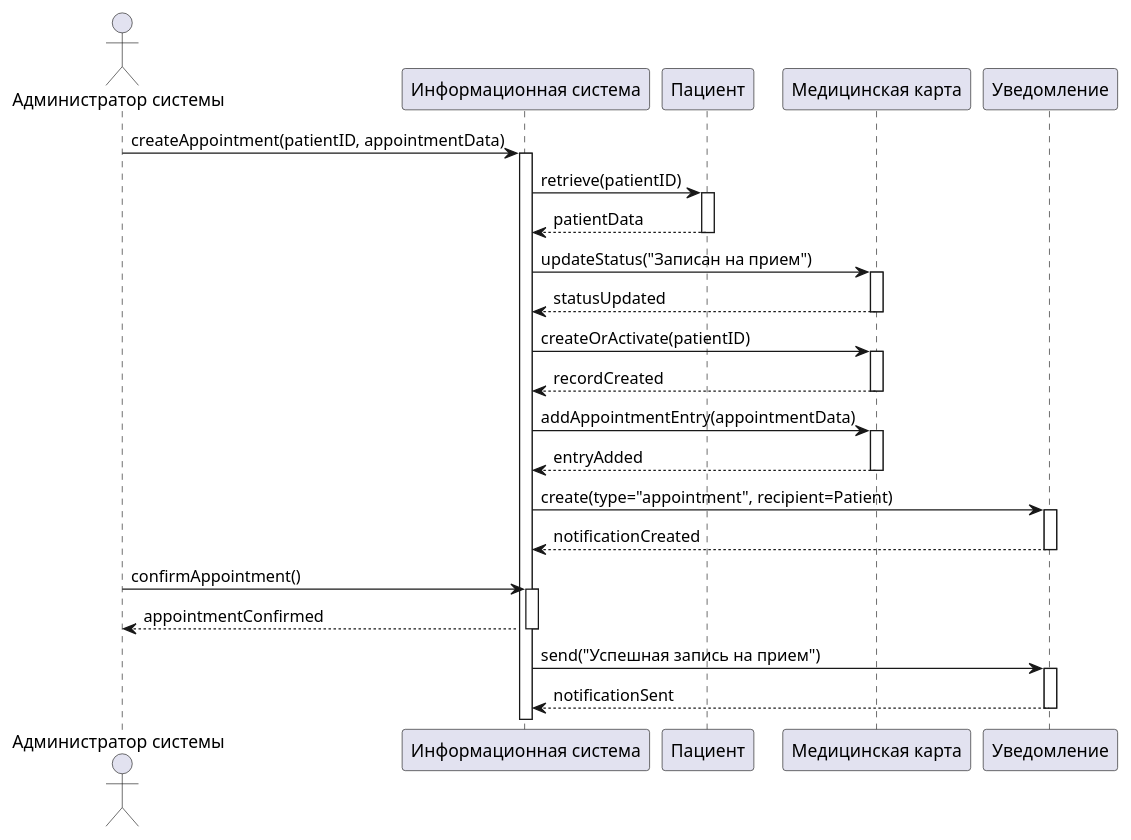
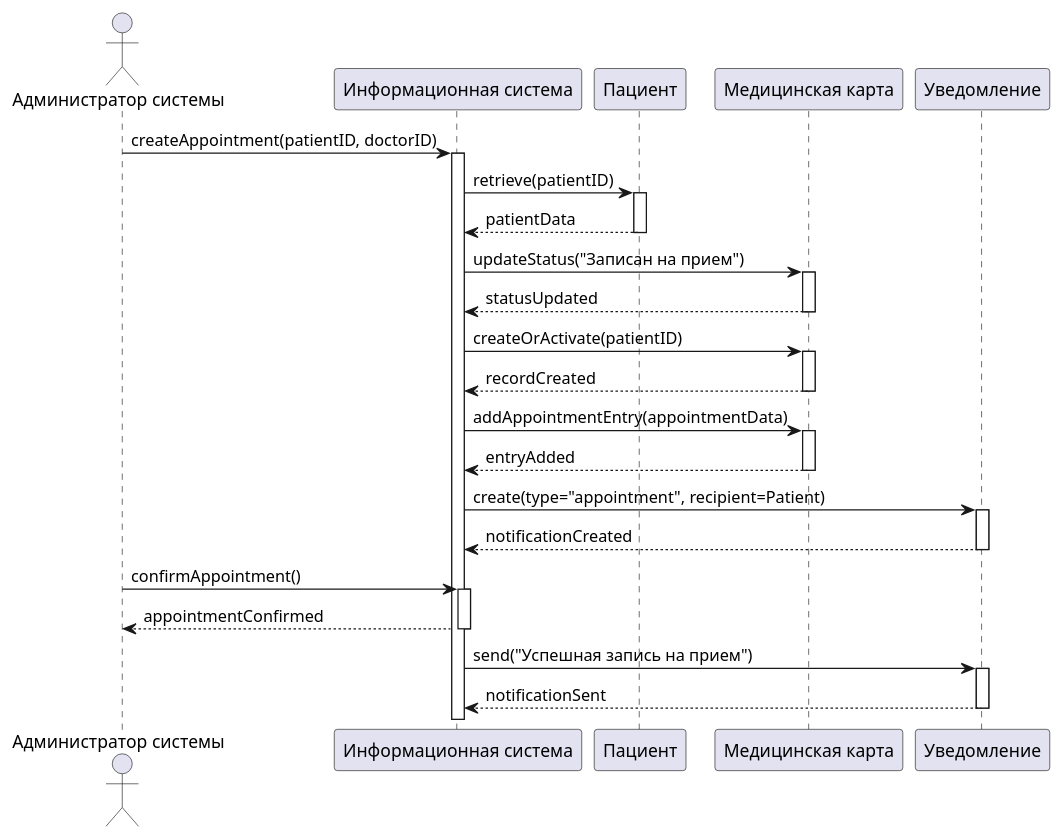
One commit to penamarth/bsbo-13-23_team3_var3_clinic changed the diagram in Прецеденты/Диаграммы последовательностей/Запись на приём/Запись на приём.puml. Above: the diagram before and after it, drawn with PlantUML. The commit also changed other lines of this file, not shown here.

Commit message:
Update Запись на приём.puml

```diff
--- a/Прецеденты/Диаграммы последовательностей/Запись на приём/Запись на приём.puml
+++ b/Прецеденты/Диаграммы последовательностей/Запись на приём/Запись на приём.puml
@@ -1,47 +1,47 @@
 @startuml
 
 actor "Администратор системы" as Admin
 participant "Информационная система" as IS
 participant "Пациент" as Patient
 participant "Медицинская карта" as MedicalRecord
 participant "Уведомление" as Notification
 
-Admin -> IS : createAppointment(patientID, appointmentData)
+Admin -> IS : createAppointment(patientID, doctorID)
 activate IS
 
 IS -> Patient : retrieve(patientID)
 activate Patient
 Patient --> IS : patientData
 deactivate Patient
 
 IS -> MedicalRecord : updateStatus("Записан на прием")
 activate MedicalRecord
 MedicalRecord --> IS : statusUpdated
 deactivate MedicalRecord
 
 IS -> MedicalRecord : createOrActivate(patientID)
 activate MedicalRecord
 MedicalRecord --> IS : recordCreated
 deactivate MedicalRecord
 
 IS -> MedicalRecord : addAppointmentEntry(appointmentData)
 activate MedicalRecord
 MedicalRecord --> IS : entryAdded
 deactivate MedicalRecord
 
 IS -> Notification : create(type="appointment", recipient=Patient)
 activate Notification
 Notification --> IS : notificationCreated
 deactivate Notification
 
 Admin -> IS : confirmAppointment()
 activate IS
 IS --> Admin : appointmentConfirmed
 deactivate IS
 
 IS -> Notification : send("Успешная запись на прием")
 activate Notification
 Notification --> IS : notificationSent
 deactivate Notification
 
 @enduml
```
